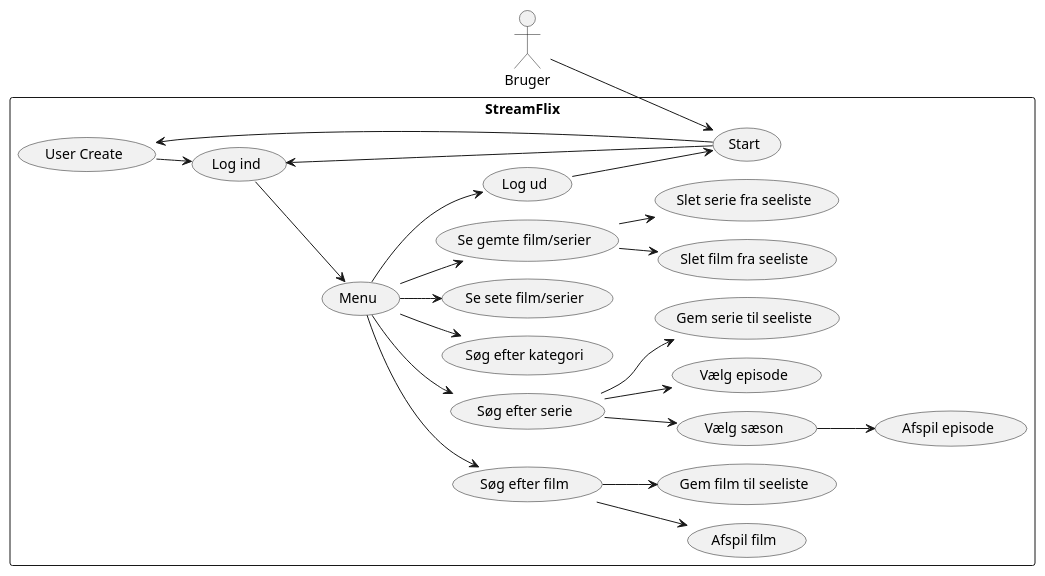
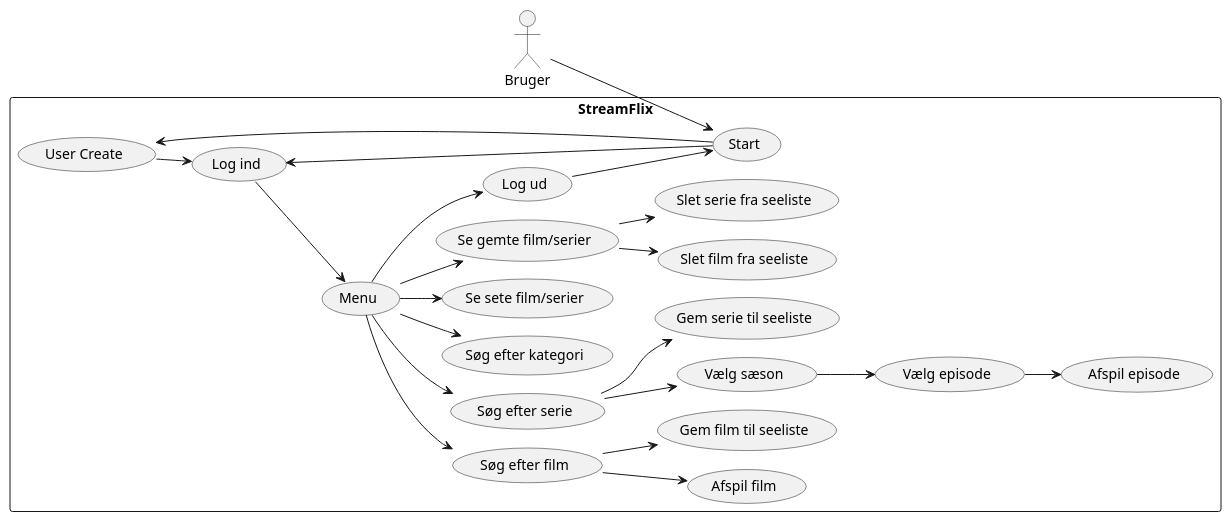
One commit to daud0095/DAT-1.-semester---SP3-en-streamingtjeneste changed the diagram in doc/dynamic/Use Case.puml. Above: the diagram before and after it, drawn with PlantUML. The commit also changed 1 other file, not shown here.

```diff
--- a/doc/dynamic/Use Case.puml
+++ b/doc/dynamic/Use Case.puml
@@ -1,64 +1,64 @@
 @startuml
 !pragma layout smetana
 
 left to right direction
 
 actor Bruger as u
 
 rectangle StreamFlix {
 
   usecase "User Create" as UC1
   usecase "Log ind" as UC2
 
   usecase "Søg efter film" as UC3
   usecase "Søg efter serie" as UC4
   usecase "Søg efter kategori" as UC5
   usecase "Se sete film/serier" as UC6
   usecase "Se gemte film/serier" as UC7
 
   usecase "Afspil film" as UC8
   usecase "Gem film til seeliste" as UC9
   usecase "Slet film fra seeliste" as UC10
 
   usecase "Afspil episode" as UC11
   usecase "Vælg sæson" as UC12
   usecase "Vælg episode" as UC13
   usecase "Gem serie til seeliste" as UC14
   usecase "Slet serie fra seeliste" as UC15
 
   usecase "Menu" as UC16
   usecase "Log ud" as UC17
   usecase "Start" as UC18
 
 }
 
 ' Brugeren starter disse selv
 u --> UC18
 UC18 --> UC1
 UC18 --> UC2
 UC2 --> UC16
 UC1 --> UC2
 UC16 --> UC3
 UC16 --> UC4
 UC16 --> UC5
 UC16 --> UC6
 UC16 --> UC7
 UC4 --> UC12
-UC4 --> UC13
+UC12 --> UC13
 UC3 --> UC9
 UC7 --> UC10
-UC12 --> UC11
+UC13 --> UC11
 UC4 --> UC14
 UC7 --> UC15
 UC3 --> UC8
 
 ' Knapper man altid kan tilgås
 UC17 --> UC18
 UC16 --> UC17
 
 
 }
 
 
 
 @enduml
```
